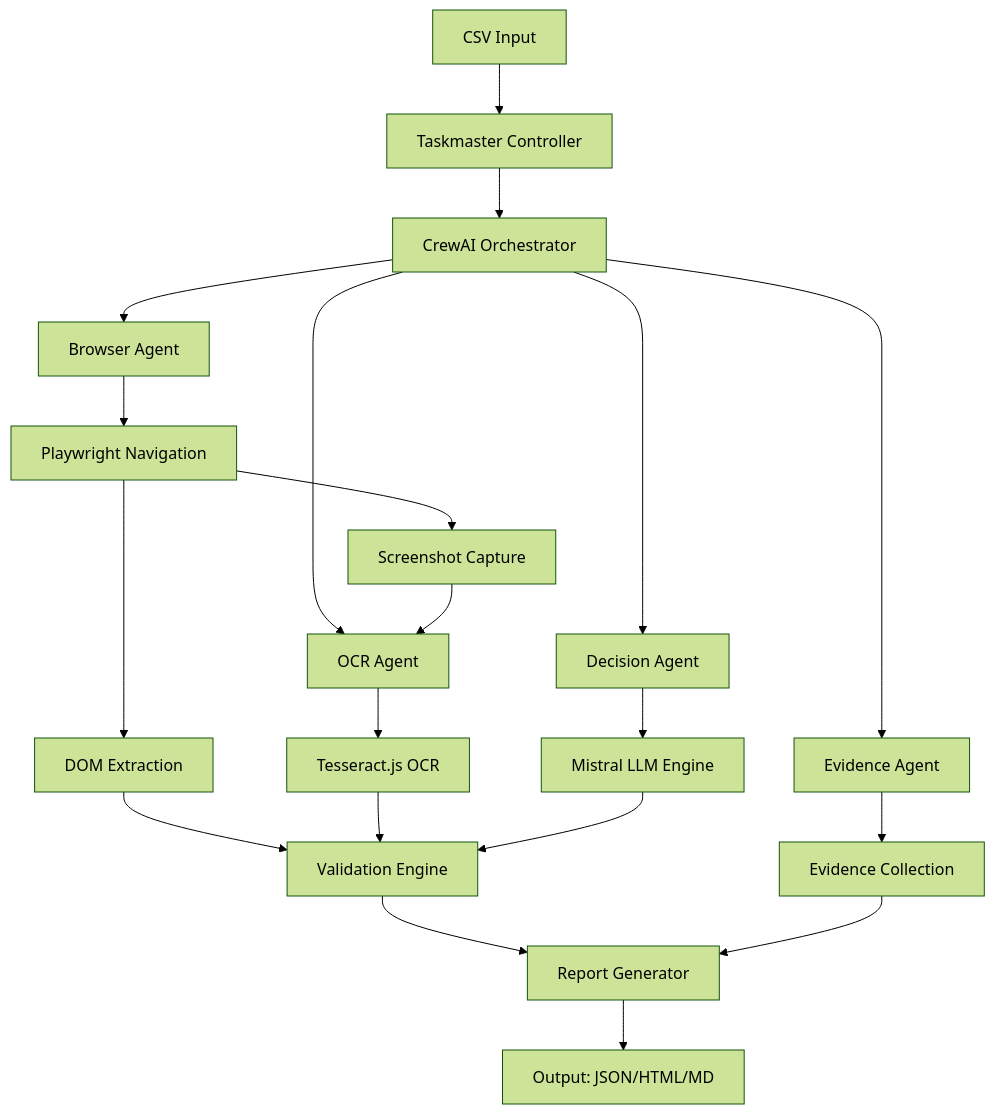
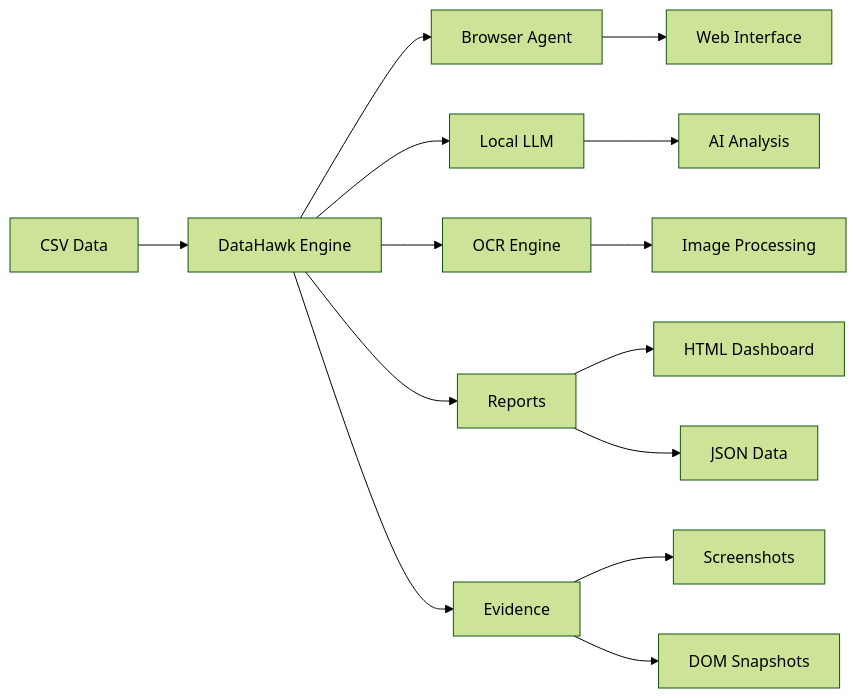
One commit to DiegoNogueiraDev/agent-autonomous changed the diagram in README.md. Above: the diagram before and after it, drawn with Mermaid (forest theme). The commit also changed other lines of this file, not shown here.

````diff
--- a/README.md
+++ b/README.md
@@ -243,27 +152,19 @@
 ```mermaid
-graph TD
-    A[CSV Input] --> B[Taskmaster Controller]
-    B --> C[CrewAI Orchestrator]
+graph LR
+    CSV[CSV Data] --> DH[DataHawk Engine]
+    DH --> BA[Browser Agent]
+    DH --> LLM[Local LLM]
+    DH --> OCR[OCR Engine]
     
-    C --> D[Browser Agent]
-    C --> E[Decision Agent] 
-    C --> F[OCR Agent]
-    C --> G[Evidence Agent]
+    BA --> WEB[Web Interface]
+    LLM --> AI[AI Analysis]
+    OCR --> IMG[Image Processing]
     
-    D --> H[Playwright Navigation]
-    E --> I[Mistral LLM Engine]
-    F --> J[Tesseract.js OCR]
-    G --> K[Evidence Collection]
+    DH --> REP[Reports]
+    DH --> EVD[Evidence]
     
-    H --> L[DOM Extraction]
-    H --> M[Screenshot Capture]
-    M --> F
-    
-    L --> N[Validation Engine]
-    J --> N
-    I --> N
-    
-    N --> O[Report Generator]
-    K --> O
-    O --> P[Output: JSON/HTML/MD]
+    REP --> HTML[HTML Dashboard]
+    REP --> JSON[JSON Data]
+    EVD --> SS[Screenshots]
+    EVD --> DOM[DOM Snapshots]
 ```
````
